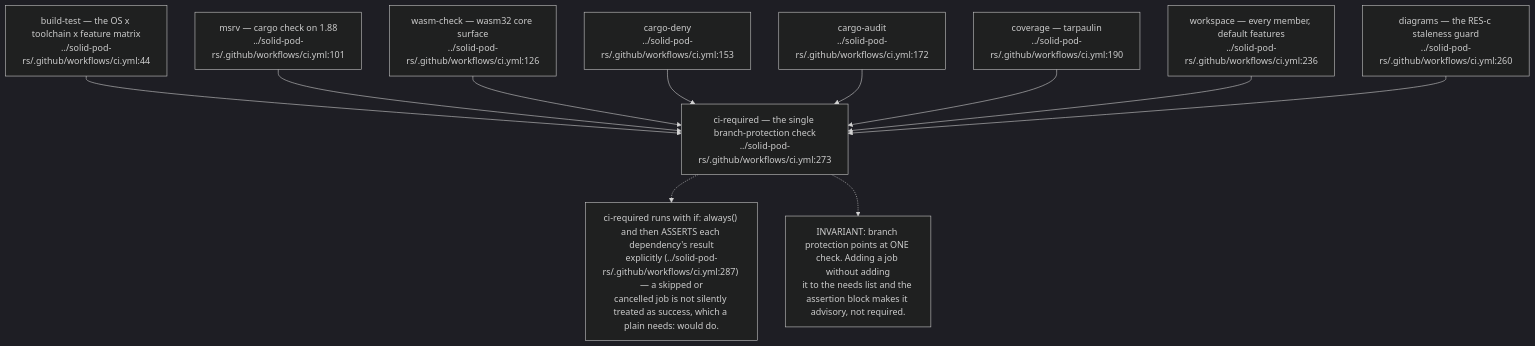
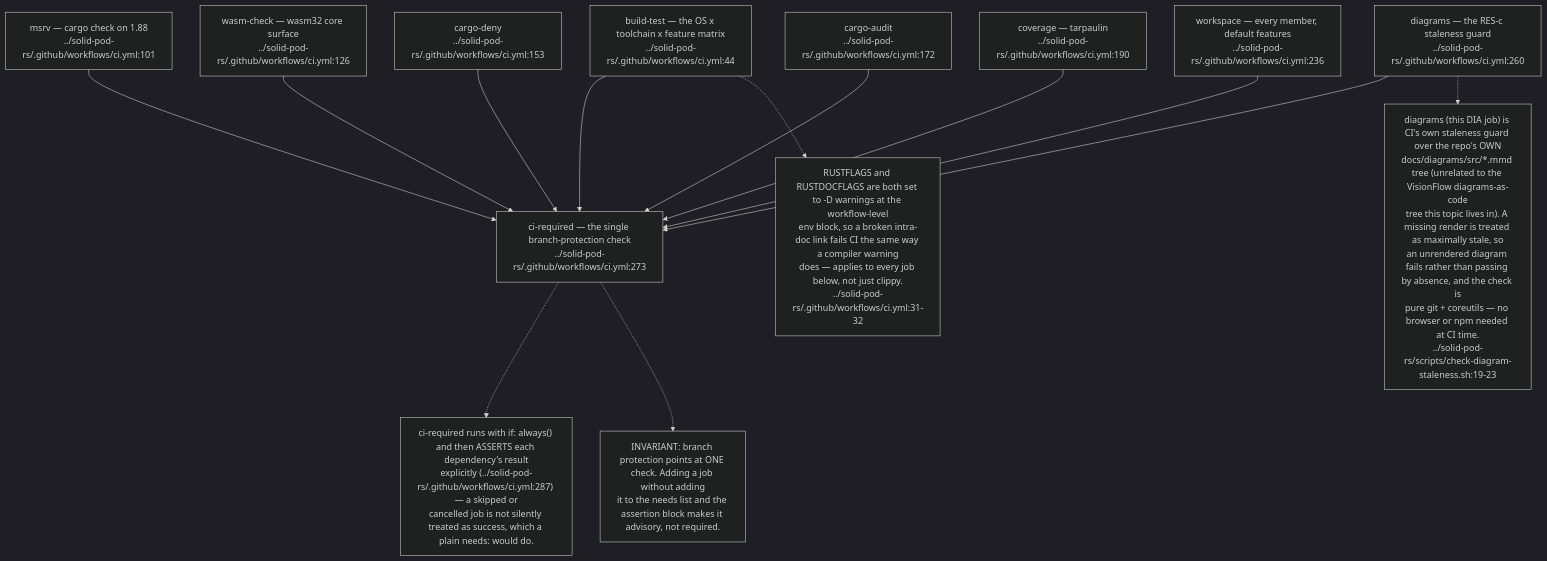
Before and after one commit to DreamLab-AI/VisionFlow: the first of 9 diagrams in docs/diagrams/solid-pod-rs/09-ci-release-and-consumer-pins.md, drawn with Mermaid (dark theme). The commit also changed other lines of this file and 136 other files, not shown here.

First line of the commit message:
docs(diagrams): refresh the whole corpus to code HEAD and prune low-value diagrams

````diff
--- a/docs/diagrams/solid-pod-rs/09-ci-release-and-consumer-pins.md
+++ b/docs/diagrams/solid-pod-rs/09-ci-release-and-consumer-pins.md
@@ -60,26 +36,30 @@
 ```mermaid
 flowchart TD
     BT["build-test — the OS x toolchain x feature matrix<br/>../solid-pod-rs/.github/workflows/ci.yml:44"]
     MSRV["msrv — cargo check on 1.88<br/>../solid-pod-rs/.github/workflows/ci.yml:101"]
     WASM["wasm-check — wasm32 core surface<br/>../solid-pod-rs/.github/workflows/ci.yml:126"]
     DENY["cargo-deny<br/>../solid-pod-rs/.github/workflows/ci.yml:153"]
     AUDIT["cargo-audit<br/>../solid-pod-rs/.github/workflows/ci.yml:172"]
     COV["coverage — tarpaulin<br/>../solid-pod-rs/.github/workflows/ci.yml:190"]
     WS["workspace — every member, default features<br/>../solid-pod-rs/.github/workflows/ci.yml:236"]
     DIA["diagrams — the RES-c staleness guard<br/>../solid-pod-rs/.github/workflows/ci.yml:260"]
     REQ["ci-required — the single branch-protection check<br/>../solid-pod-rs/.github/workflows/ci.yml:273"]
 
     BT --> REQ
     MSRV --> REQ
     WASM --> REQ
     DENY --> REQ
     AUDIT --> REQ
     COV --> REQ
     WS --> REQ
     DIA --> REQ
 
     N["ci-required runs with if: always() and then ASSERTS each dependency's result<br/>explicitly (../solid-pod-rs/.github/workflows/ci.yml:287) — a skipped or<br/>cancelled job is not silently treated as success, which a plain needs: would do."]
     REQ -.-> N
     N2["INVARIANT: branch protection points at ONE check. Adding a job without adding<br/>it to the needs list and the assertion block makes it advisory, not required."]
     REQ -.-> N2
+    N3["RUSTFLAGS and RUSTDOCFLAGS are both set to -D warnings at the workflow-level<br/>env block, so a broken intra-doc link fails CI the same way a compiler warning<br/>does — applies to every job below, not just clippy.<br/>../solid-pod-rs/.github/workflows/ci.yml:31-32"]
+    BT -.-> N3
+    N4["diagrams (this DIA job) is CI's own staleness guard over the repo's OWN<br/>docs/diagrams/src/*.mmd tree (unrelated to the VisionFlow diagrams-as-code<br/>tree this topic lives in). A missing render is treated as maximally stale, so<br/>an unrendered diagram fails rather than passing by absence, and the check is<br/>pure git + coreutils — no browser or npm needed at CI time.<br/>../solid-pod-rs/scripts/check-diagram-staleness.sh:19-23"]
+    DIA -.-> N4
 ```
````
